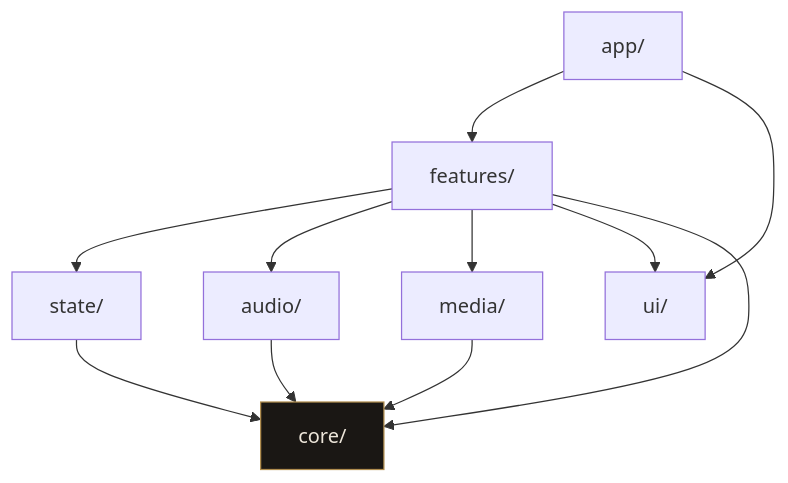
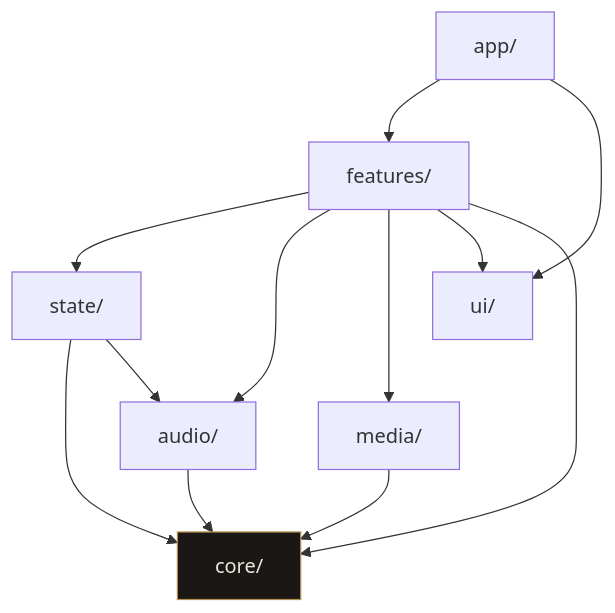
The diagram in docs/ARCHITECTURE.md (jaio5/MusicalTheory), drawn with Mermaid before and after one commit. The commit also changed other lines of this file and 24 other files, not shown here.

````diff
--- a/docs/ARCHITECTURE.md
+++ b/docs/ARCHITECTURE.md
@@ -58,24 +70,25 @@
 ```mermaid
 graph TD
   app[app/]
   features[features/]
   state[state/]
   audio[audio/]
   media[media/]
   ui[ui/]
   core[core/]
 
   app --> features
   app --> ui
   features --> state
   features --> audio
   features --> media
   features --> ui
   features --> core
   state --> core
+  state --> audio
   audio --> core
   media --> core
 
   classDef pure fill:#1A1714,stroke:#B08D4F,color:#EDE6DA
   class core pure
 ```
````
